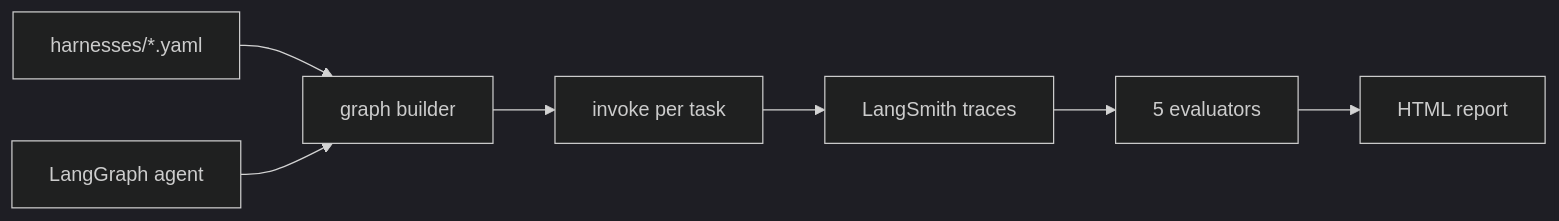
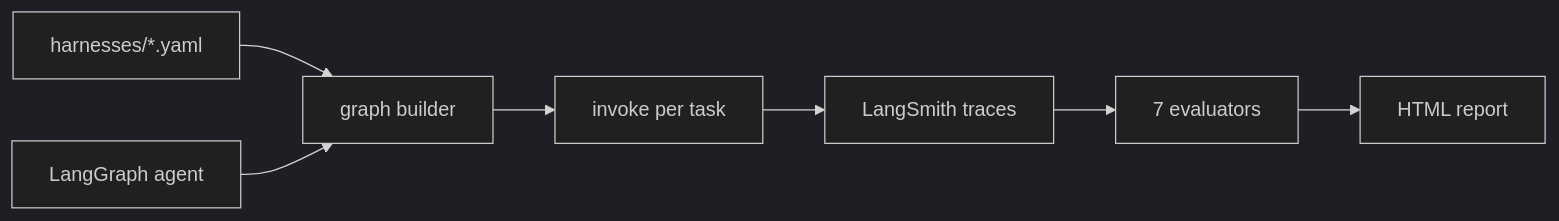
One commit to HOSH19/HarnessLab changed the diagram in README.md. Above: the diagram before and after it, drawn with Mermaid (dark theme). The commit also changed other lines of this file and 3 other files, not shown here.

````diff
--- a/README.md
+++ b/README.md
@@ -11,9 +11,9 @@
 ```mermaid
 flowchart LR
     YAML[harnesses/*.yaml] --> Builder[graph builder]
     Graph[LangGraph agent] --> Builder
     Builder --> Run[invoke per task]
     Run --> LS[LangSmith traces]
-    LS --> Eval[5 evaluators]
+    LS --> Eval[7 evaluators]
     Eval --> Report[HTML report]
 ```
````
